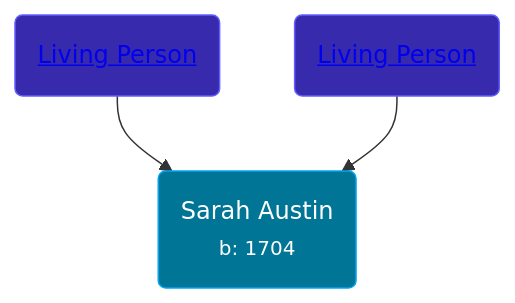
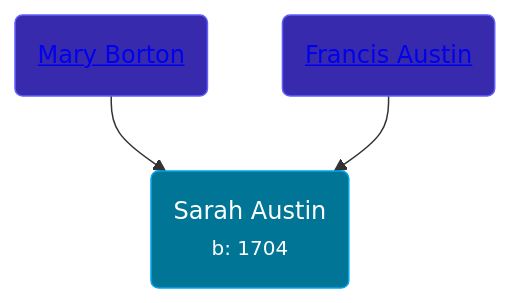
The diagram in pages/people/4/4530755.md (wpmgotkh/wpmgotkh.github.io), drawn with Mermaid before and after one commit. The commit also changed other lines of this file and 586 other files, not shown here.

Commit message:
feat: better shouldConsiderPersonLiving algo

````diff
--- a/pages/people/4/4530755.md
+++ b/pages/people/4/4530755.md
@@ -11,9 +11,9 @@
 ```mermaid
 graph
 classDef grands fill:#193cb8,stroke:#2b7fff,stroke-width:1px,color:#fff;
 classDef parents fill:#372aac,stroke:#615fff,stroke-width:1px,color:#fff;
 classDef primary fill:#007595,stroke:#00a6f4,stroke-width:1px,color:#fff;
 4530755(Sarah Austin<br /><small>b: 1704</small>):::primary
-39788960(<a class="text-white" href="/people/3/39788960">Living Person</a>):::parents-->4530755
-23815487(<a class="text-white" href="/people/2/23815487">Living Person</a>):::parents-->4530755
+39788960(<a class="text-white" href="/people/3/39788960">Mary Borton</a>):::parents-->4530755
+23815487(<a class="text-white" href="/people/2/23815487">Francis Austin</a>):::parents-->4530755
 ```
````
